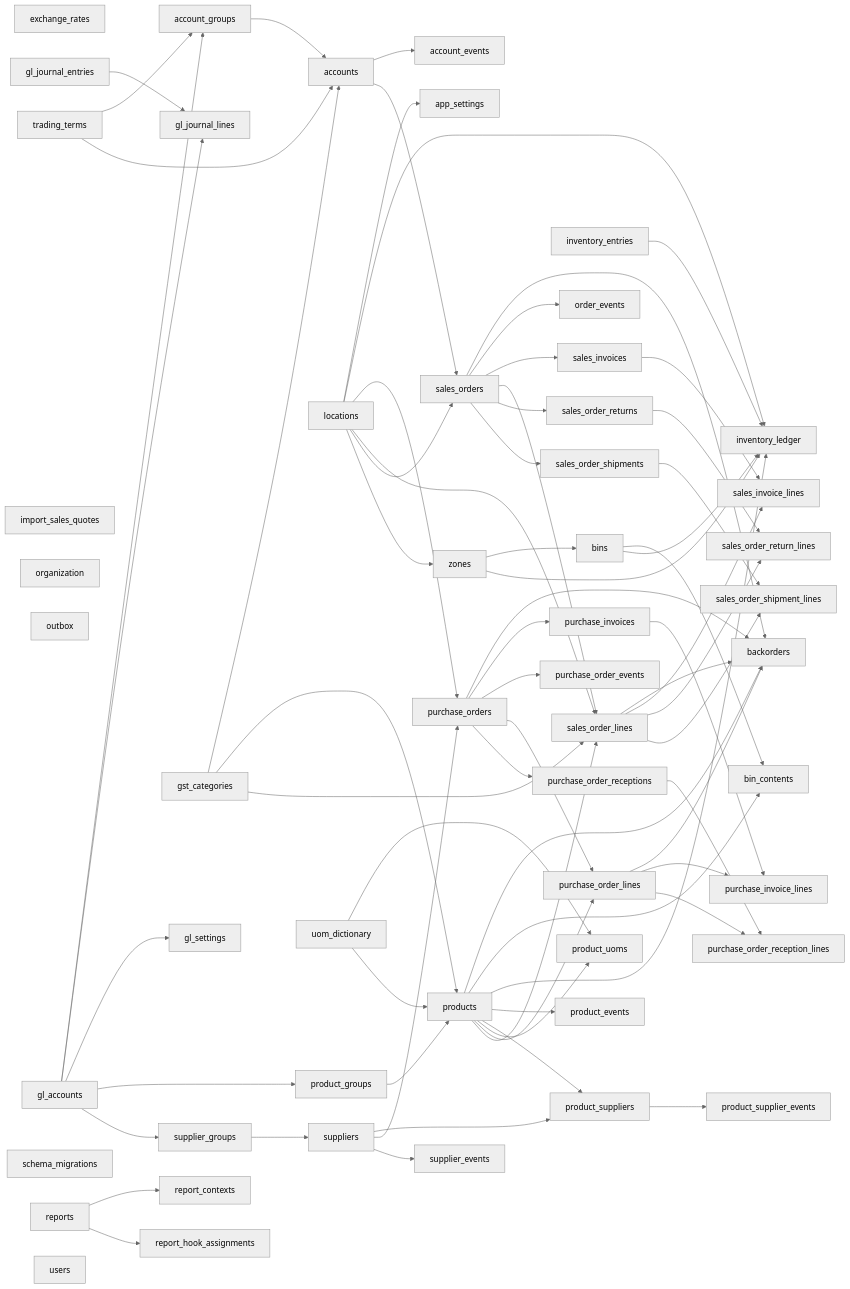
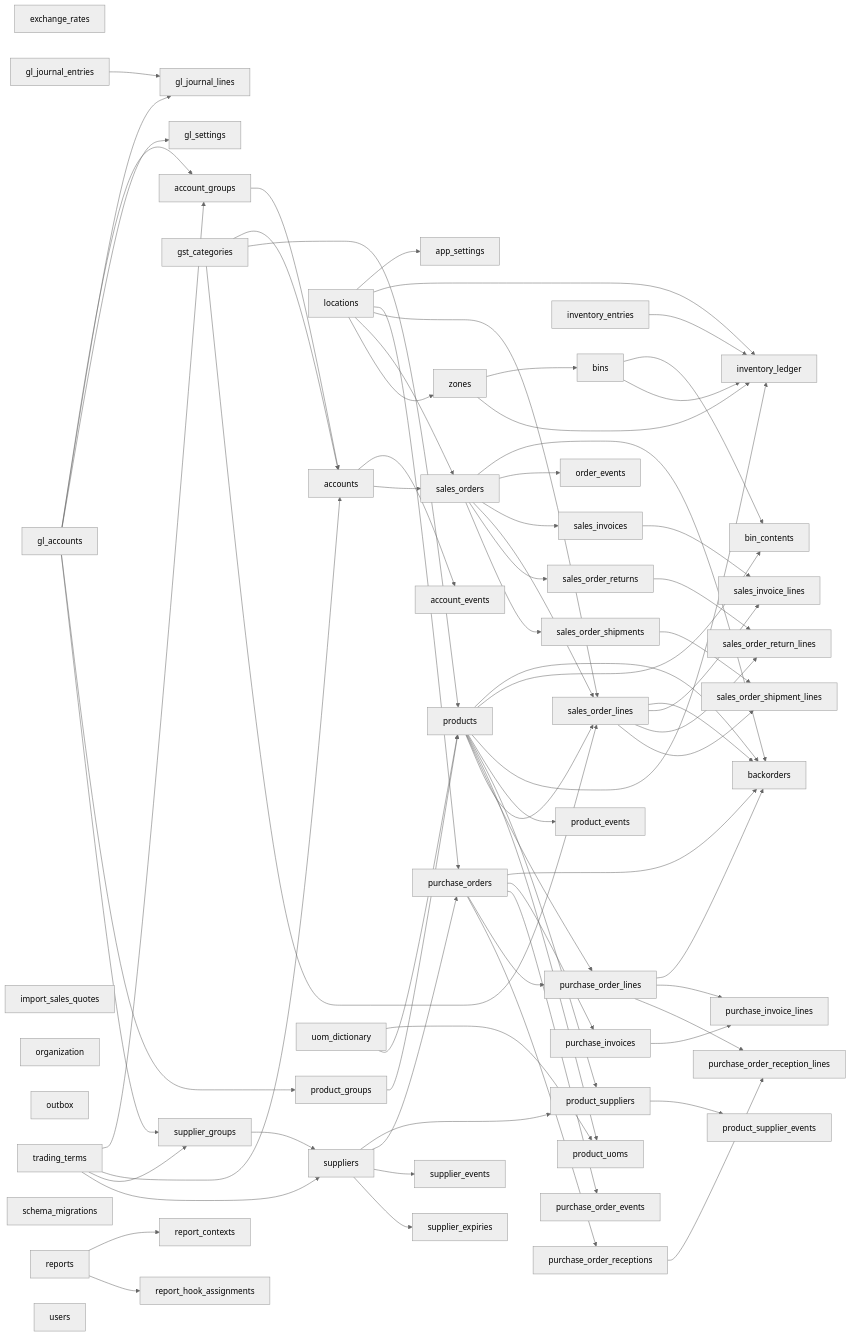
The diagram in docs/technical/schema_reference.md (herobmdotcom/herobm), drawn with Mermaid (neutral theme) before and after one commit. The commit also changed other lines of this file and 70 other files, not shown here.

````diff
--- a/docs/technical/schema_reference.md
+++ b/docs/technical/schema_reference.md
@@ -197,6 +201,7 @@
     sales_orders["sales_orders"]
     schema_migrations["schema_migrations"]
     supplier_events["supplier_events"]
+    supplier_expiries["supplier_expiries"]
     supplier_groups["supplier_groups"]
     suppliers["suppliers"]
     trading_terms["trading_terms"]
@@ -266,7 +271,10 @@
     accounts --> sales_orders
     locations --> sales_orders
     suppliers --> supplier_events
+    suppliers --> supplier_expiries
     gl_accounts --> supplier_groups
+    trading_terms --> supplier_groups
     supplier_groups --> suppliers
+    trading_terms --> suppliers
     locations --> zones
 ```
````
